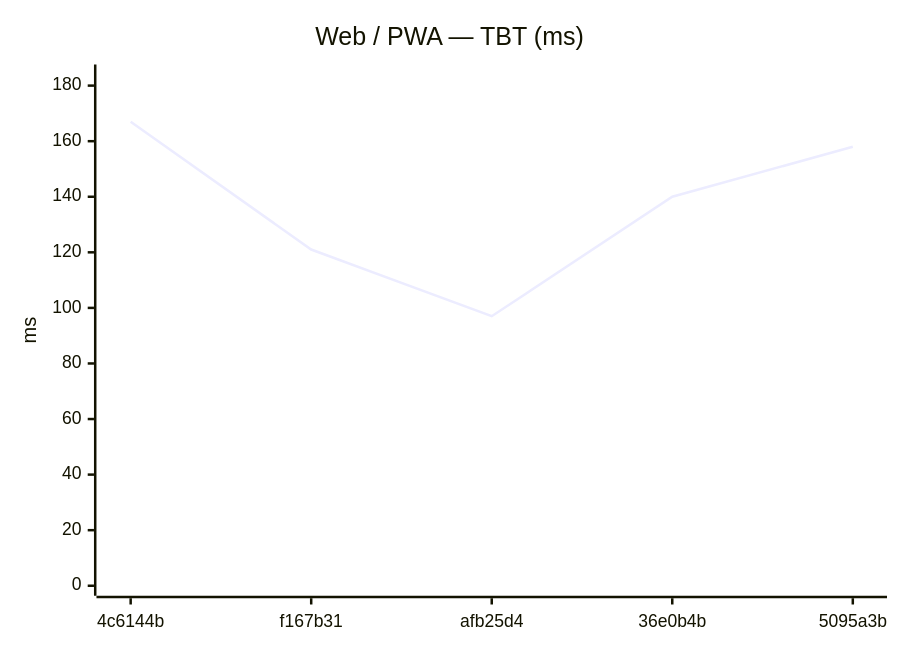
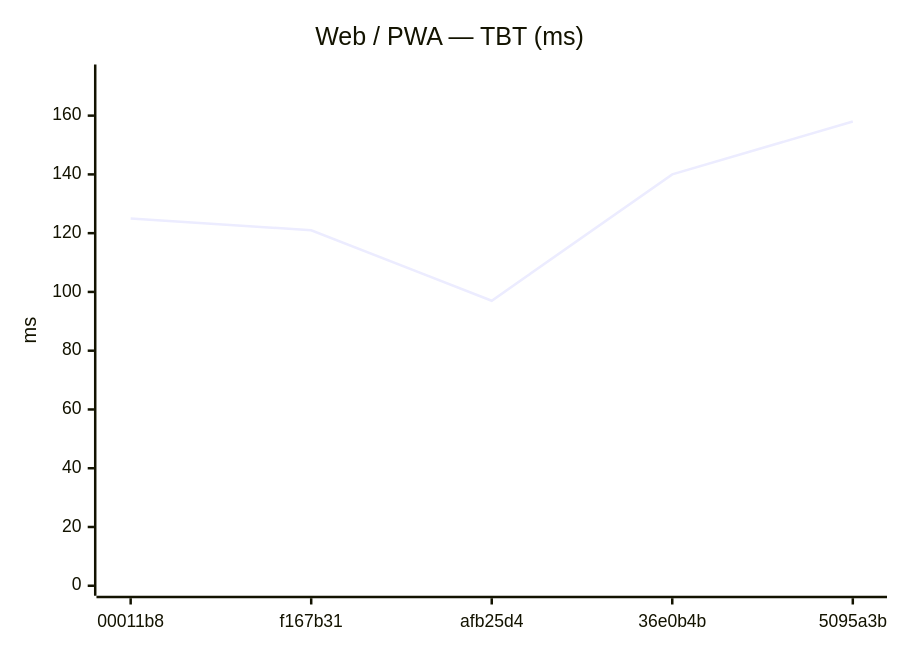
Before and after one commit to Metaheurist/Rianell: the eighth of 18 diagrams in benchmarks/compare.md, drawn with Mermaid. The commit also changed other lines of this file and 11 other files, not shown here.

````diff
--- a/benchmarks/compare.md
+++ b/benchmarks/compare.md
@@ -124,7 +124,7 @@
 ```mermaid
 xychart-beta
     title "Web / PWA — TBT (ms)"
-    x-axis ["4c6144b", "f167b31", "afb25d4", "36e0b4b", "5095a3b"]
-    y-axis "ms" 0 --> 184
-    line [167, 121, 97, 140, 158]
+    x-axis ["00011b8", "f167b31", "afb25d4", "36e0b4b", "5095a3b"]
+    y-axis "ms" 0 --> 174
+    line [125, 121, 97, 140, 158]
 ```
````
